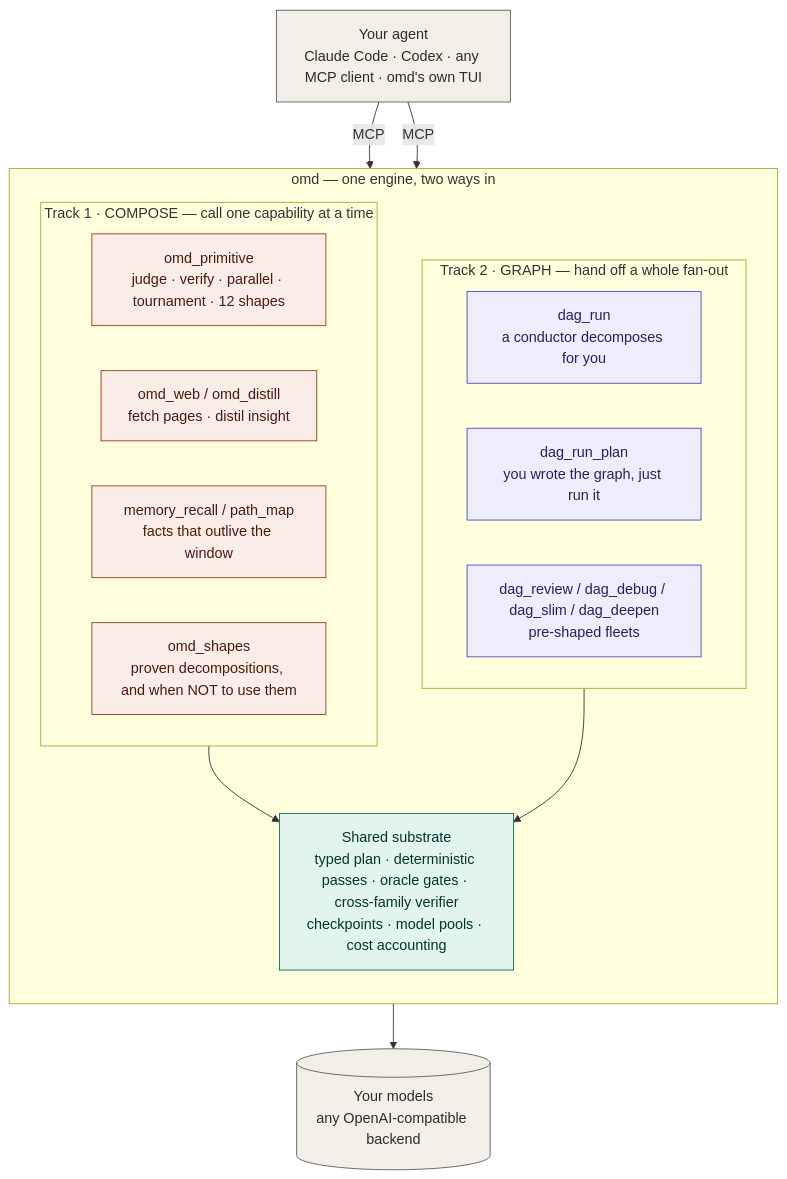
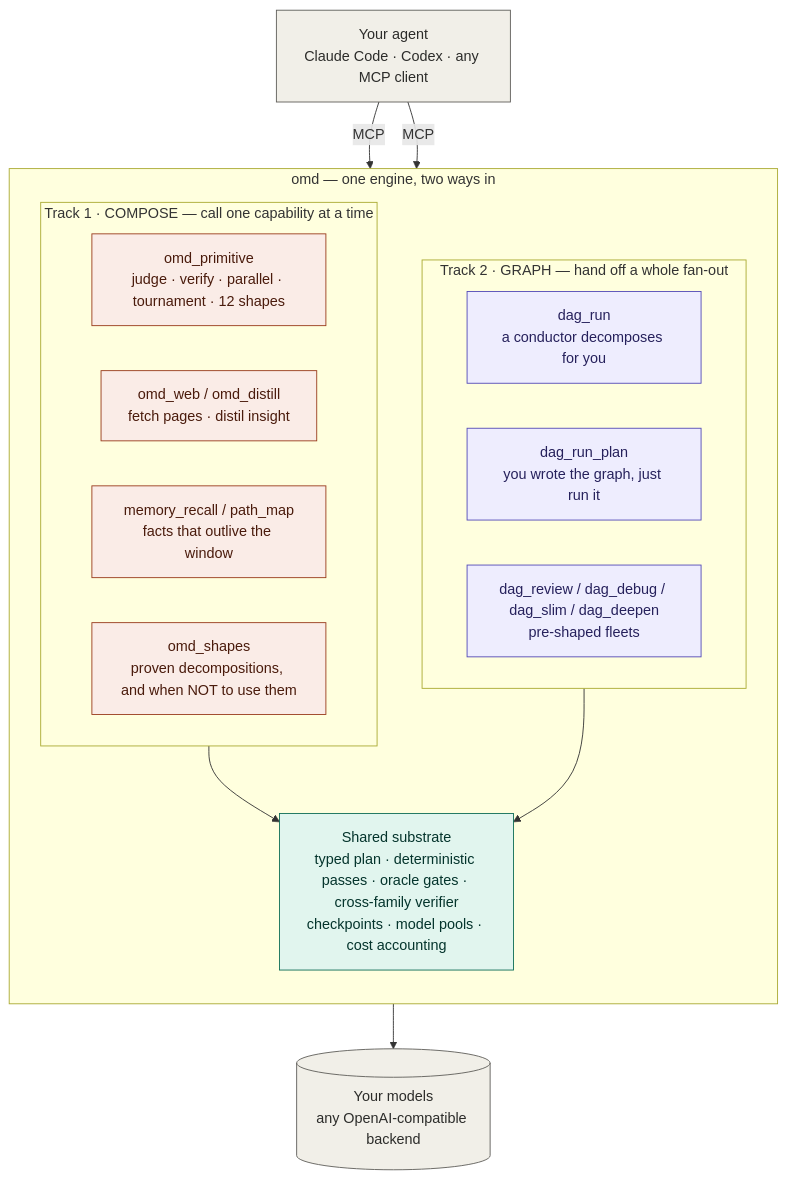
Before and after one commit to AbyssCN/oh-my-dag: the first of 5 diagrams in README.md, drawn with Mermaid. The commit also changed other lines of this file and 77 other files, not shown here.

First line of the commit message:
refactor: 砍掉 TUI 前端, omd 收成纯 MCP —— 删 63 文件 / 7,413 行

````diff
--- a/README.md
+++ b/README.md
@@ -27,39 +27,39 @@
 ```mermaid
 flowchart TB
-  AGENT["Your agent<br/>Claude Code · Codex · any MCP client · omd's own TUI"]
+  AGENT["Your agent<br/>Claude Code · Codex · any MCP client"]
 
   subgraph OMD["omd — one engine, two ways in"]
     direction TB
 
     subgraph T1["Track 1 · COMPOSE — call one capability at a time"]
       C1["omd_primitive<br/>judge · verify · parallel · tournament · 12 shapes"]
       C2["omd_web / omd_distill<br/>fetch pages · distil insight"]
       C3["memory_recall / path_map<br/>facts that outlive the window"]
       C4["omd_shapes<br/>proven decompositions, and when NOT to use them"]
     end
 
     subgraph T2["Track 2 · GRAPH — hand off a whole fan-out"]
       G1["dag_run<br/>a conductor decomposes for you"]
       G2["dag_run_plan<br/>you wrote the graph, just run it"]
       G3["dag_review / dag_debug / dag_slim / dag_deepen<br/>pre-shaped fleets"]
     end
 
     BASE["Shared substrate<br/>typed plan · deterministic passes · oracle gates · cross-family verifier<br/>checkpoints · model pools · cost accounting"]
     T1 --> BASE
     T2 --> BASE
   end
 
   MODELS[("Your models<br/>any OpenAI-compatible backend")]
   AGENT -->|MCP| T1
   AGENT -->|MCP| T2
   BASE --> MODELS
 
   classDef compose fill:#FAECE7,stroke:#993C1D,color:#4A1B0C
   classDef dagmode fill:#EEEDFE,stroke:#534AB7,color:#26215C
   classDef base fill:#E1F5EE,stroke:#0F6E56,color:#04342C
   classDef ext fill:#F1EFE8,stroke:#5F5E5A,color:#2C2C2A
   class C1,C2,C3,C4 compose
   class G1,G2,G3 dagmode
   class BASE base
   class AGENT,MODELS ext
 ```
````
